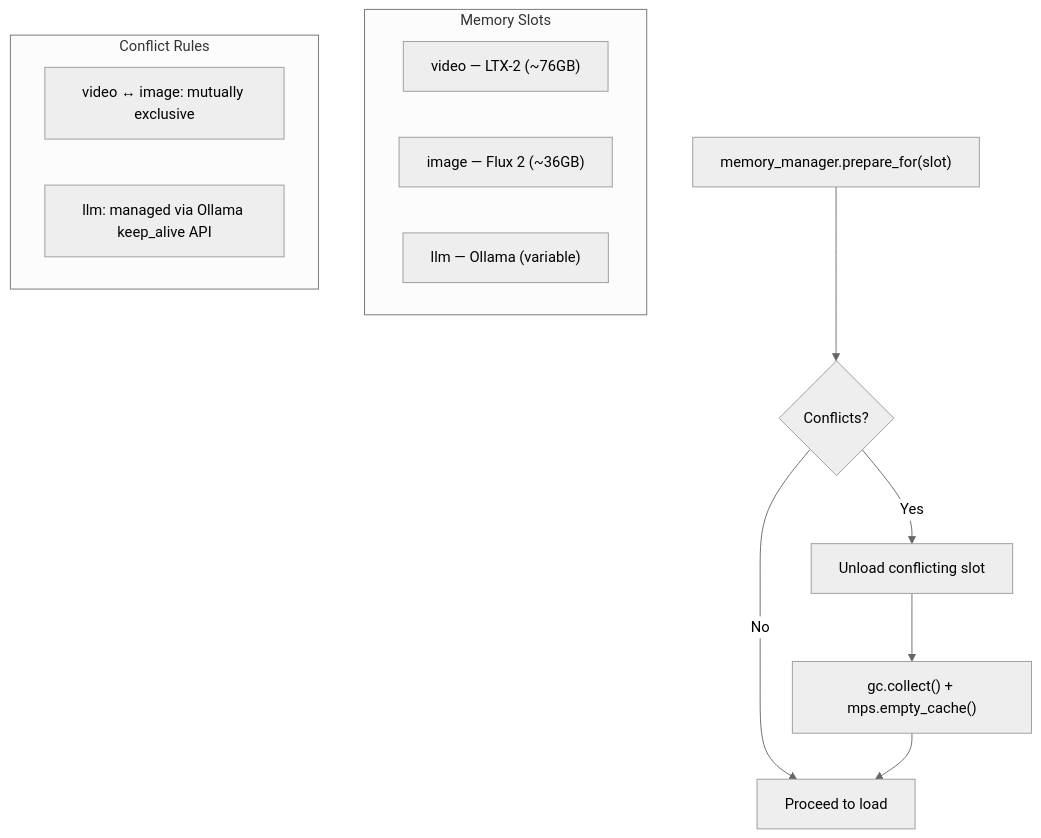
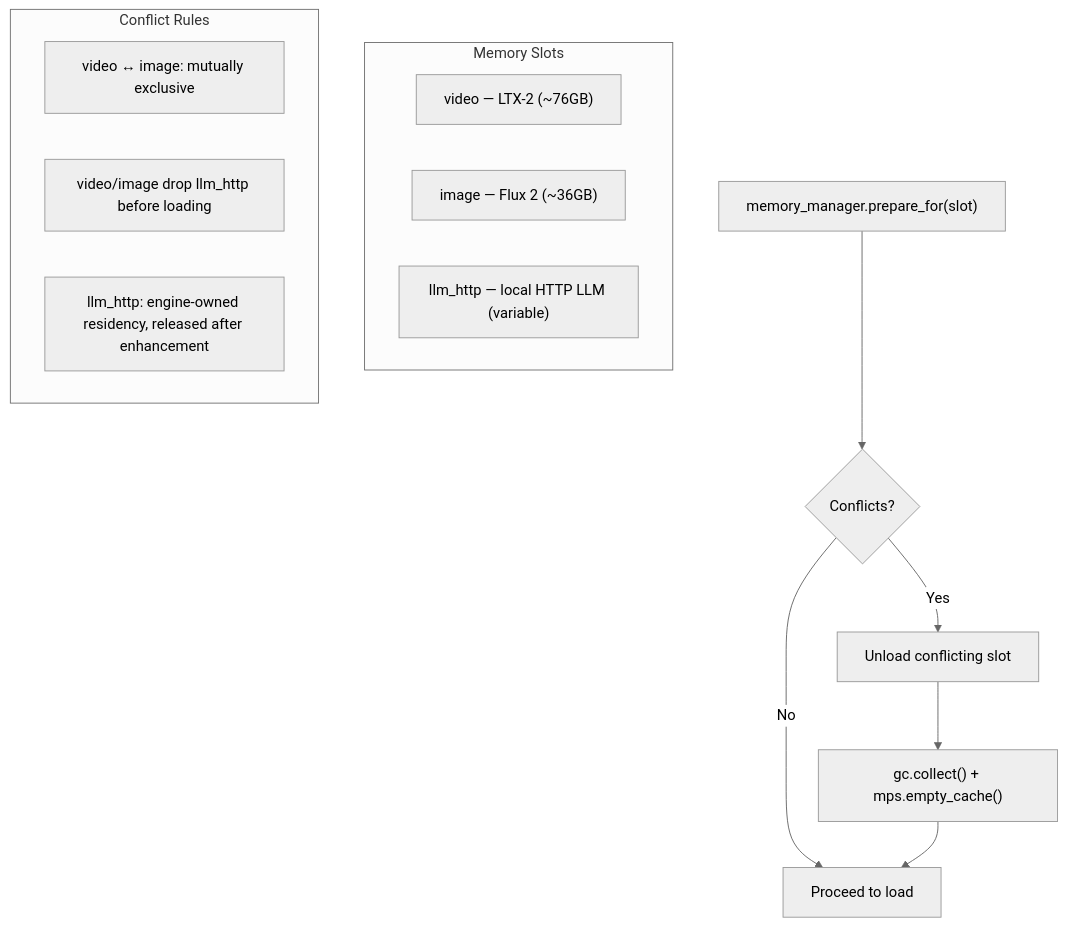
The sixth of 8 diagrams in docs/03_ai_pipelines.md (mainza-ai/milimovideo), drawn with Mermaid (neutral theme) before and after one commit. The commit also changed other lines of this file and 16 other files, not shown here.

````diff
--- a/docs/03_ai_pipelines.md
+++ b/docs/03_ai_pipelines.md
@@ -397,19 +397,20 @@
 ```mermaid
 flowchart TD
     subgraph Slots["Memory Slots"]
         VIDEO["video — LTX-2 (~76GB)"]
         IMAGE["image — Flux 2 (~36GB)"]
-        LLM["llm — Ollama (variable)"]
+        LLM["llm_http — local HTTP LLM (variable)"]
     end
 
     subgraph Rules["Conflict Rules"]
         R1["video ↔ image: mutually exclusive"]
-        R2["llm: managed via Ollama keep_alive API"]
+        R2["video/image drop llm_http before loading"]
+        R3["llm_http: engine-owned residency, released after enhancement"]
     end
 
     PREPARE["memory_manager.prepare_for(slot)"] --> CHECK{Conflicts?}
     CHECK -->|Yes| UNLOAD["Unload conflicting slot"]
     CHECK -->|No| LOAD["Proceed to load"]
     UNLOAD --> FLUSH["gc.collect() + mps.empty_cache()"]
     FLUSH --> LOAD
 ```
````
